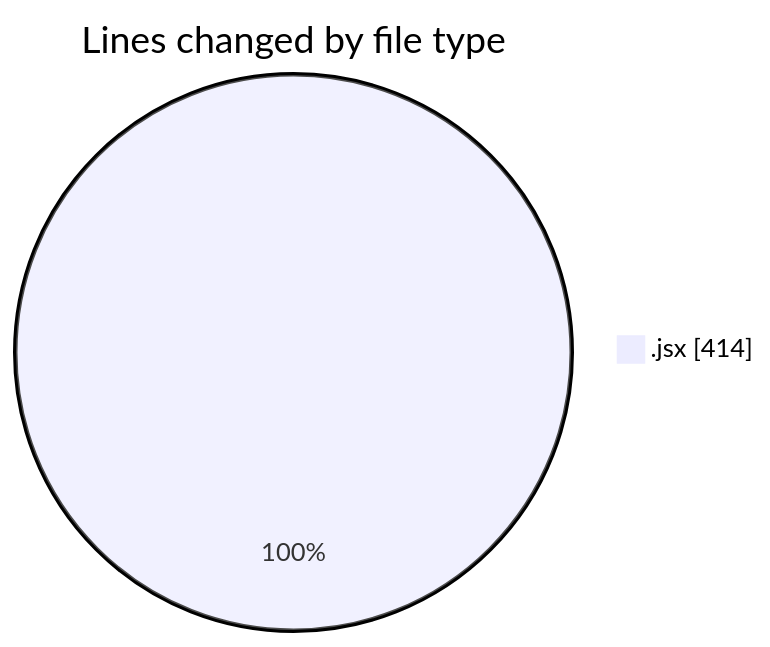
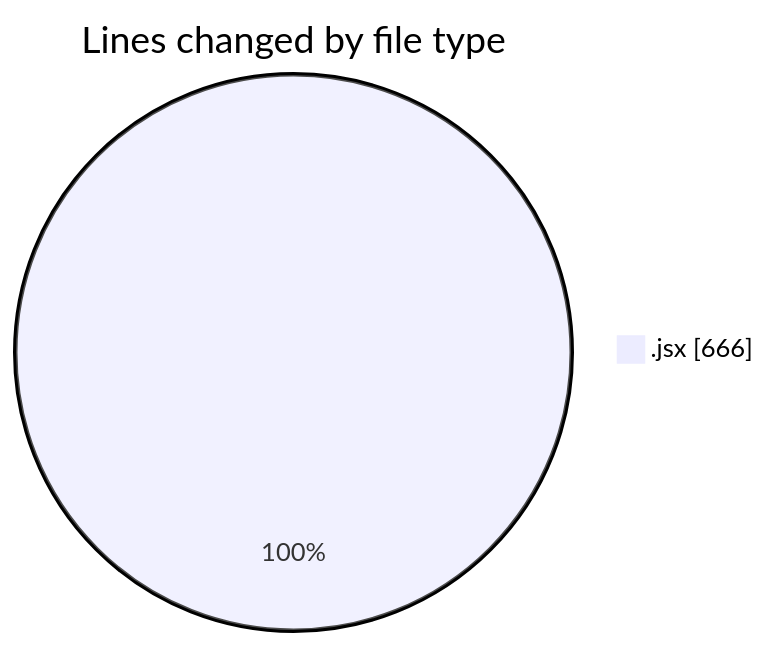
The first of 2 diagrams in 2025-05-09/argos-dev/README.md (nxtqubesakshisongat/code-tracking), drawn with Mermaid before and after one commit. The commit also changed other lines of this file and 1 other file, not shown here.

````diff
--- a/2025-05-09/argos-dev/README.md
+++ b/2025-05-09/argos-dev/README.md
@@ -20,5 +21,5 @@
 ```mermaid
 pie showData
 title Lines changed by file type
-".jsx" : 414
+".jsx" : 666
 ```
````
